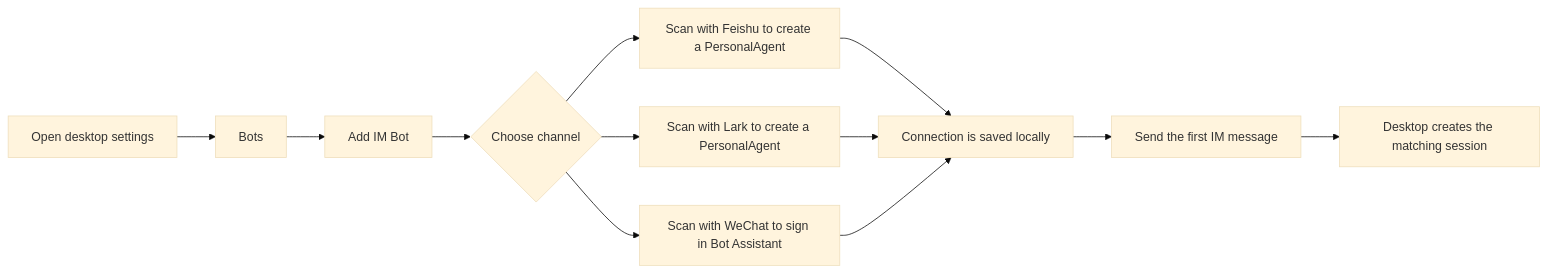
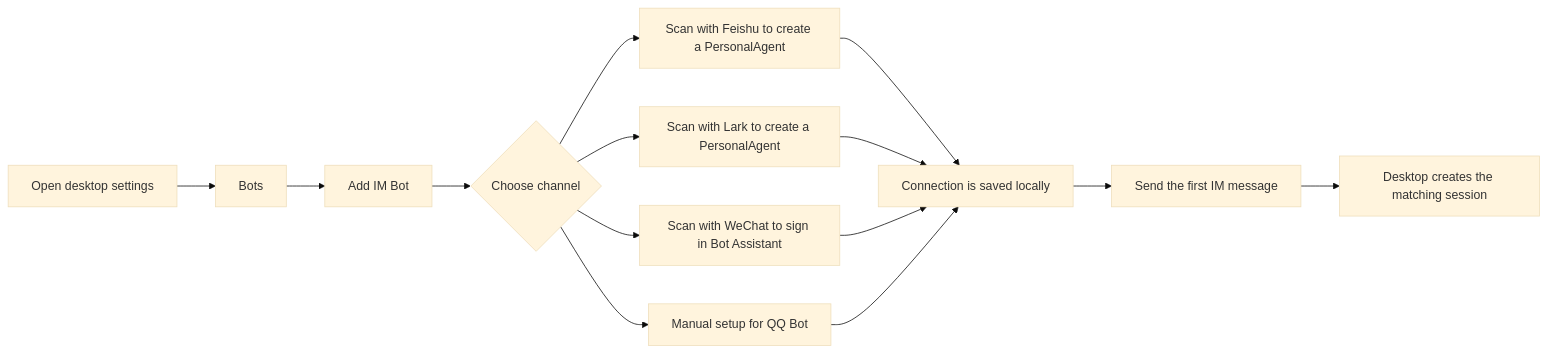
One commit to aliatx2017/reasonix-hermes changed the first of 3 diagrams in docs/BOT_GUIDE.md. Above: the diagram before and after it, drawn with Mermaid (base theme). The commit also changed other lines of this file and 385 other files, not shown here.

````diff
--- a/docs/BOT_GUIDE.md
+++ b/docs/BOT_GUIDE.md
@@ -45,14 +59,16 @@
 ```mermaid
 flowchart LR
   A["Open desktop settings"] --> B["Bots"]
   B --> C["Add IM Bot"]
   C --> D{"Choose channel"}
   D --> E["Scan with Feishu to create a PersonalAgent"]
   D --> F["Scan with Lark to create a PersonalAgent"]
   D --> G["Scan with WeChat to sign in Bot Assistant"]
-  E --> H["Connection is saved locally"]
-  F --> H
-  G --> H
-  H --> I["Send the first IM message"]
-  I --> J["Desktop creates the matching session"]
+  D --> H["Manual setup for QQ Bot"]
+  E --> I["Connection is saved locally"]
+  F --> I
+  G --> I
+  H --> I
+  I --> J["Send the first IM message"]
+  J --> K["Desktop creates the matching session"]
 ```
````
